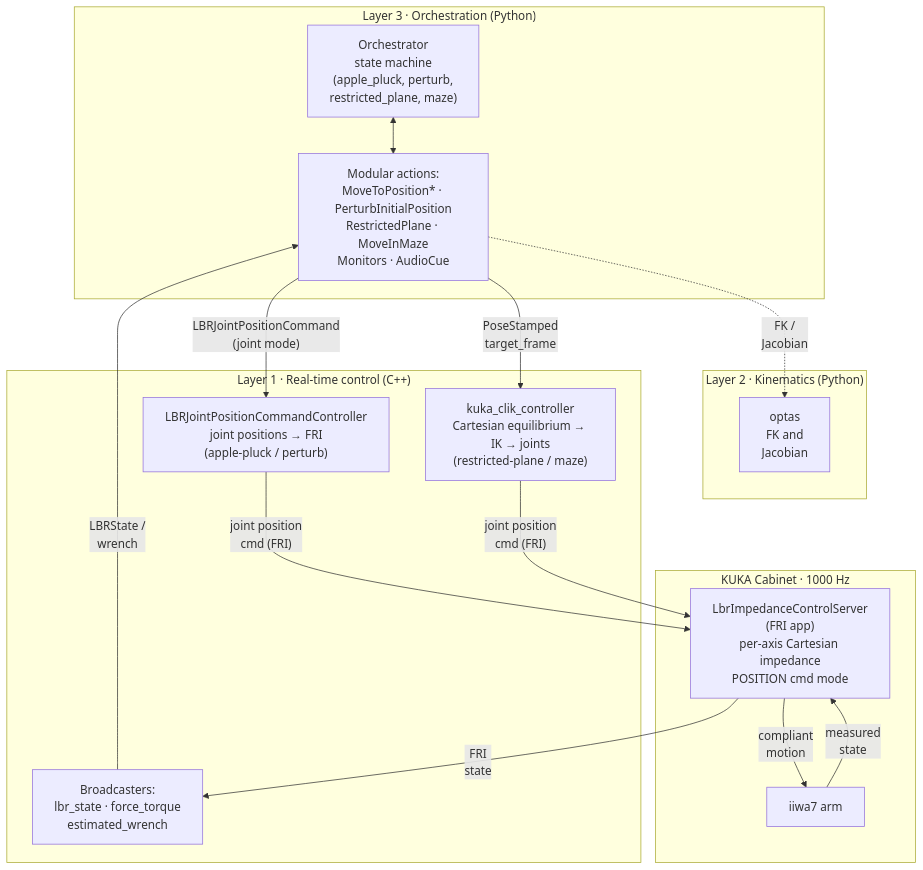
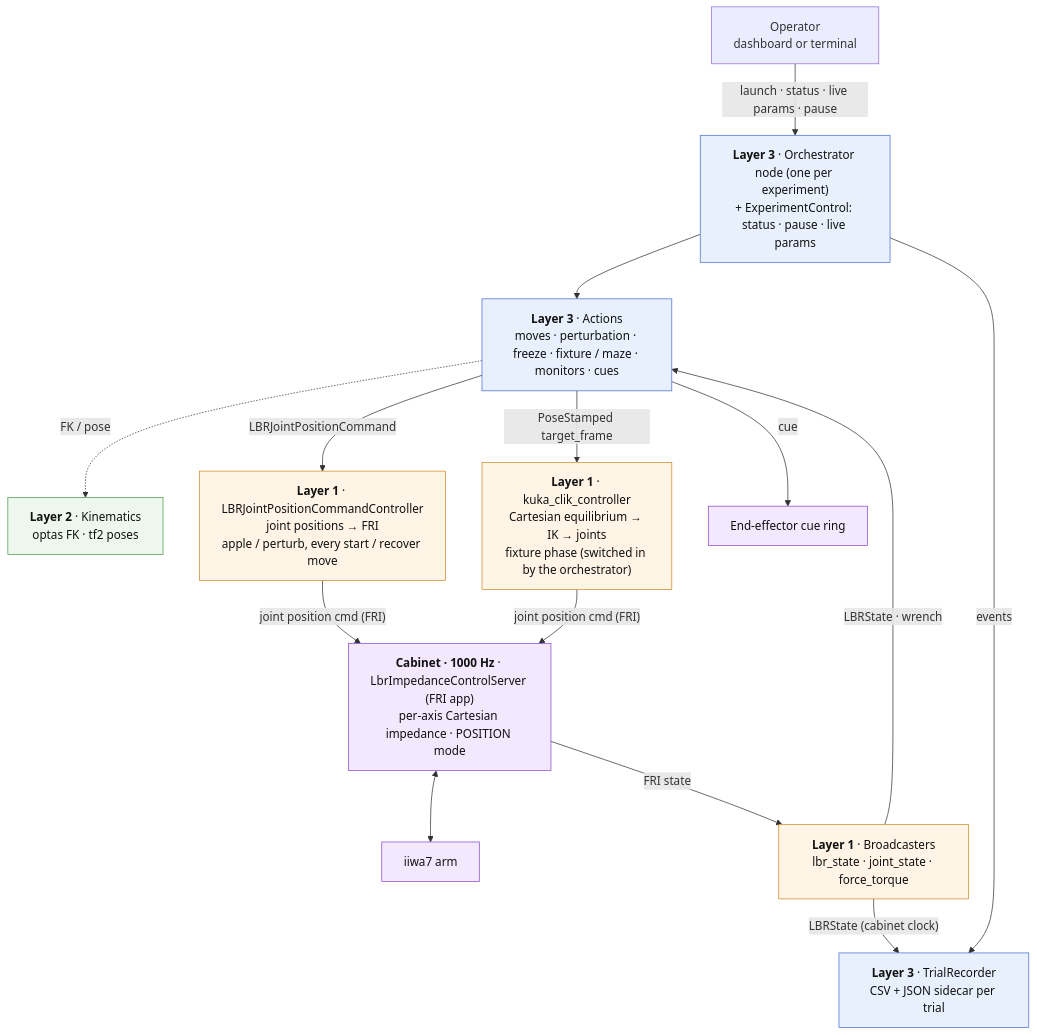
The first of 7 diagrams in README.md (sinthlab/sinthlab-kuka-stack), drawn with Mermaid before and after one commit. The commit also changed other lines of this file and 1 other file, not shown here.

````diff
--- a/README.md
+++ b/README.md
@@ -751,30 +910,37 @@
 ```mermaid
 flowchart TB
-    subgraph L3["Layer 3 · Orchestration (Python)"]
-        ORCH["Orchestrator<br/>state machine<br/>(apple_pluck, perturb,<br/>restricted_plane, maze)"]
-        ACT["Modular actions:<br/>MoveToPosition* · PerturbInitialPosition<br/>RestrictedPlane · MoveInMaze<br/>Monitors · AudioCue"]
-    end
-    subgraph L2["Layer 2 · Kinematics (Python)"]
-        OPTAS["optas<br/>FK and<br/>Jacobian"]
-    end
-    subgraph L1["Layer 1 · Real-time control (C++)"]
-        JPC["LBRJointPositionCommandController<br/>joint positions → FRI<br/>(apple-pluck / perturb)"]
-        CLIK["kuka_clik_controller<br/>Cartesian equilibrium → IK → joints<br/>(restricted-plane / maze)"]
-        BCAST["Broadcasters:<br/>lbr_state · force_torque<br/>estimated_wrench"]
-    end
-    subgraph CAB["KUKA Cabinet · 1000 Hz"]
-        APP["LbrImpedanceControlServer<br/>(FRI app)<br/>per-axis Cartesian impedance<br/>POSITION cmd mode"]
-        ARM["iiwa7 arm"]
-    end
+    OPS["Operator<br/>dashboard or terminal"]
+    ORCH["<b>Layer 3</b> · Orchestrator node (one per experiment)<br/>+ ExperimentControl: status · pause · live params"]
+    ACT["<b>Layer 3</b> · Actions<br/>moves · perturbation · freeze · fixture / maze · monitors · cues"]
+    REC["<b>Layer 3</b> · TrialRecorder<br/>CSV + JSON sidecar per trial"]
+    KIN["<b>Layer 2</b> · Kinematics<br/>optas FK · tf2 poses"]
+    JPC["<b>Layer 1</b> · LBRJointPositionCommandController<br/>joint positions → FRI<br/>apple / perturb, every start / recover move"]
+    CLIK["<b>Layer 1</b> · kuka_clik_controller<br/>Cartesian equilibrium → IK → joints<br/>fixture phase (switched in by the orchestrator)"]
+    EE["End-effector cue ring"]
+    APP["<b>Cabinet · 1000 Hz</b> · LbrImpedanceControlServer (FRI app)<br/>per-axis Cartesian impedance · POSITION mode"]
+    ARM["iiwa7 arm"]
+    BCAST["<b>Layer 1</b> · Broadcasters<br/>lbr_state · joint_state · force_torque"]
 
-    ORCH <--> ACT
-    ACT -. "FK /<br/>Jacobian" .-> OPTAS
-    ACT -- "LBRJointPositionCommand<br/>(joint mode)" --> JPC
-    ACT -- "PoseStamped<br/>target_frame" --> CLIK
-    JPC -- "joint position<br/>cmd (FRI)" --> APP
-    CLIK -- "joint position<br/>cmd (FRI)" --> APP
-    APP -- "compliant<br/>motion" --> ARM
-    ARM -- "measured<br/>state" --> APP
-    APP -- "FRI<br/>state" --> BCAST
-    BCAST -- "LBRState /<br/>wrench" --> ACT
+    OPS -- "launch · status · live params · pause" --> ORCH
+    ORCH --> ACT
+    ORCH -- "events" --> REC
+    ACT -. "FK / pose" .-> KIN
+    ACT -- "LBRJointPositionCommand" --> JPC
+    ACT -- "PoseStamped target_frame" --> CLIK
+    ACT -- "cue" --> EE
+    JPC -- "joint position cmd (FRI)" --> APP
+    CLIK -- "joint position cmd (FRI)" --> APP
+    APP <--> ARM
+    APP -- "FRI state" --> BCAST
+    BCAST -- "LBRState · wrench" --> ACT
+    BCAST -- "LBRState (cabinet clock)" --> REC
+
+    classDef l3 fill:#e8f0fe,stroke:#4a6fd0,color:#111
+    classDef l2 fill:#eef7ee,stroke:#4a9a4a,color:#111
+    classDef l1 fill:#fff4e5,stroke:#d08a2a,color:#111
+    classDef hw fill:#f3e8fd,stroke:#8a4ad0,color:#111
+    class ORCH,ACT,REC l3
+    class KIN l2
+    class JPC,CLIK,BCAST l1
+    class APP,ARM,EE hw
 ```
````
